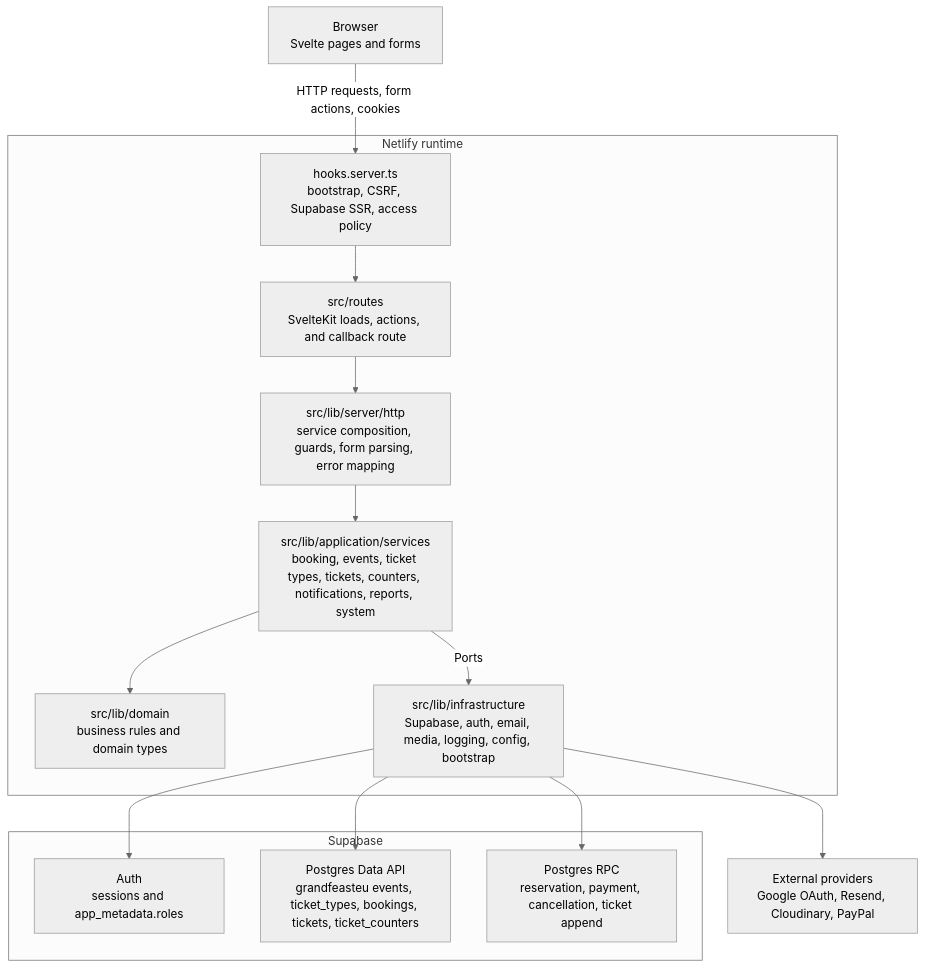
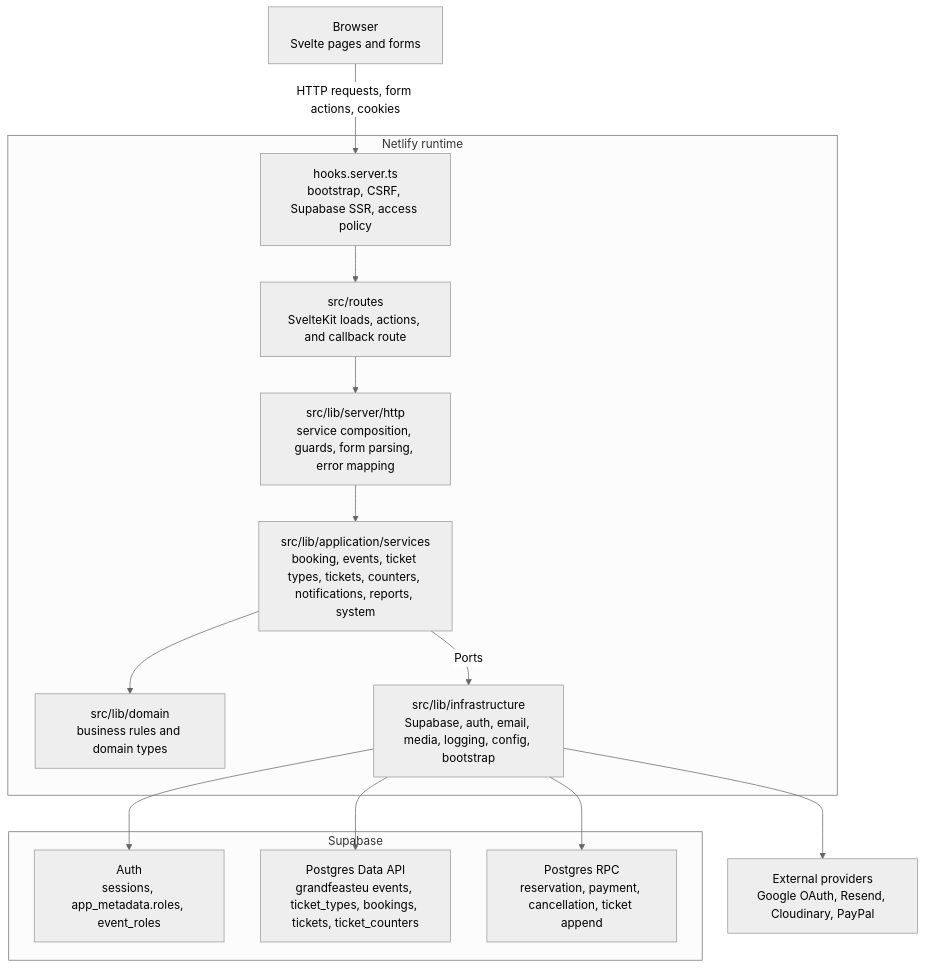
One commit to gretchel2025/gfeurope2 changed the second of 6 diagrams in docs/architecture.md. Above: the diagram before and after it, drawn with Mermaid (neutral theme). The commit also changed other lines of this file and 148 other files, not shown here.

````diff
--- a/docs/architecture.md
+++ b/docs/architecture.md
@@ -48,32 +48,32 @@
 ```mermaid
 flowchart TB
     browser["Browser\nSvelte pages and forms"]
 
     subgraph netlify["Netlify runtime"]
         hooks["hooks.server.ts\nbootstrap, CSRF, Supabase SSR, access policy"]
         routes["src/routes\nSvelteKit loads, actions, and callback route"]
         http["src/lib/server/http\nservice composition, guards, form parsing, error mapping"]
         appServices["src/lib/application/services\nbooking, events, ticket types, tickets, counters, notifications, reports, system"]
         domain["src/lib/domain\nbusiness rules and domain types"]
         infra["src/lib/infrastructure\nSupabase, auth, email, media, logging, config, bootstrap"]
     end
 
     subgraph supabase["Supabase"]
-        auth["Auth\nsessions and app_metadata.roles"]
+        auth["Auth\nsessions, app_metadata.roles, event_roles"]
         data["Postgres Data API\ngrandfeasteu events, ticket_types, bookings, tickets, ticket_counters"]
         rpc["Postgres RPC\nreservation, payment, cancellation, ticket append"]
     end
 
     providers["External providers\nGoogle OAuth, Resend, Cloudinary, PayPal"]
 
     browser -->|"HTTP requests, form actions, cookies"| hooks
     hooks --> routes
     routes --> http
     http --> appServices
     appServices --> domain
     appServices -->|"Ports"| infra
     infra --> auth
     infra --> data
     infra --> rpc
     infra --> providers
 ```
````
